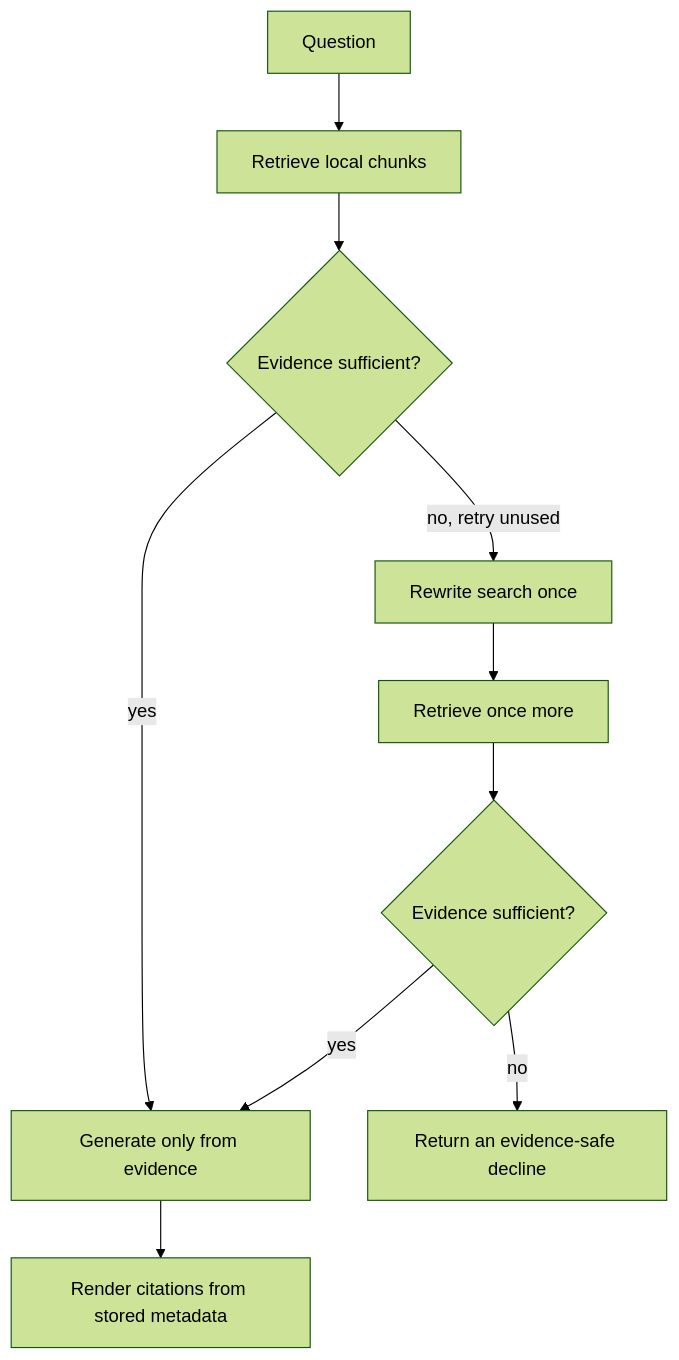
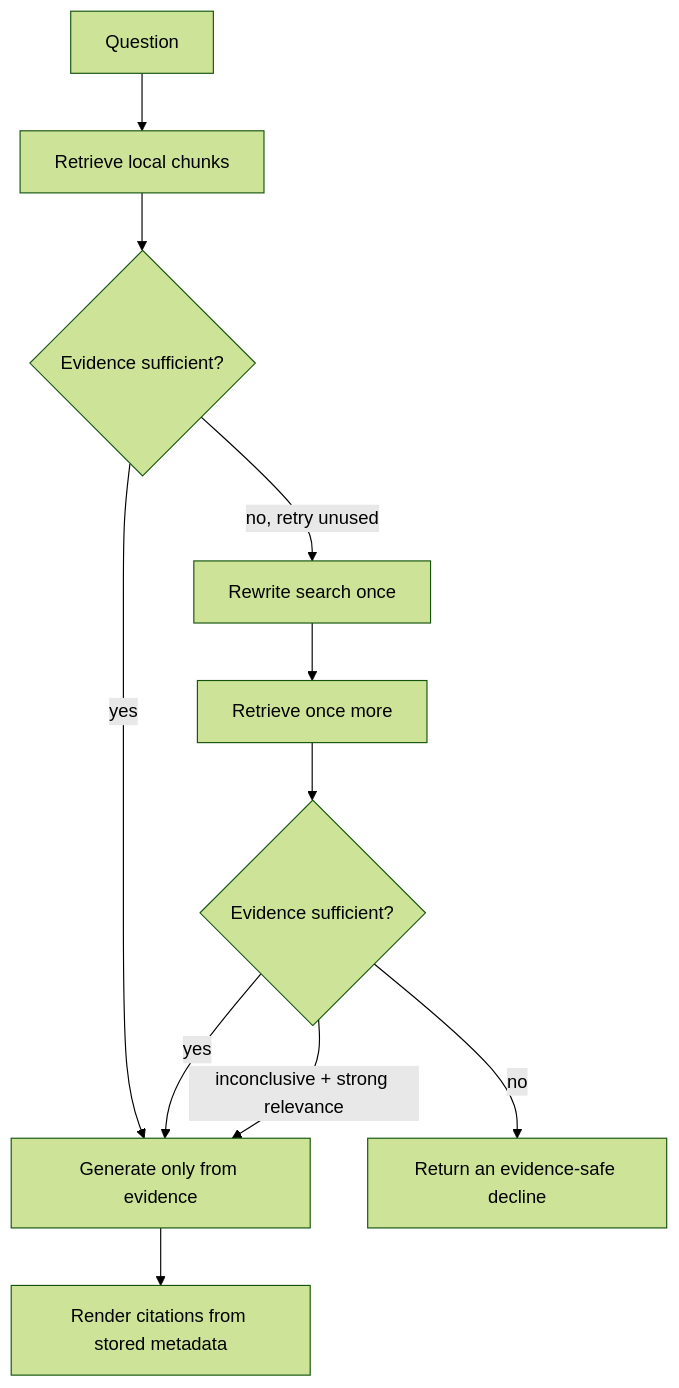
One commit to akrambelajouza/local-agentic-rag-with-ollama changed the second of 2 diagrams in README.md. Above: the diagram before and after it, drawn with Mermaid (forest theme). The commit also changed other lines of this file and 22 other files, not shown here.

````diff
--- a/README.md
+++ b/README.md
@@ -52,12 +53,13 @@
 ```mermaid
 flowchart TD
     Q[Question] --> R1[Retrieve local chunks]
     R1 --> Judge{Evidence sufficient?}
     Judge -->|yes| Generate[Generate only from evidence]
     Judge -->|no, retry unused| Rewrite[Rewrite search once]
     Rewrite --> R2[Retrieve once more]
     R2 --> Judge2{Evidence sufficient?}
     Judge2 -->|yes| Generate
+    Judge2 -->|inconclusive + strong relevance| Generate
     Judge2 -->|no| Decline[Return an evidence-safe decline]
     Generate --> Verify[Render citations from stored metadata]
 ```
````
